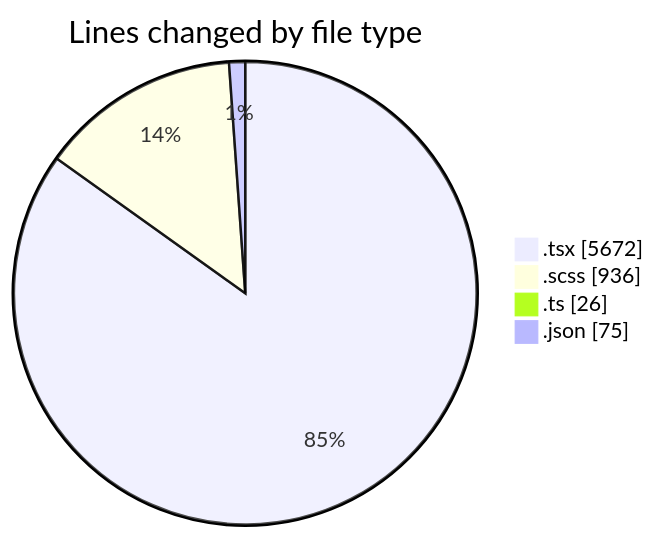
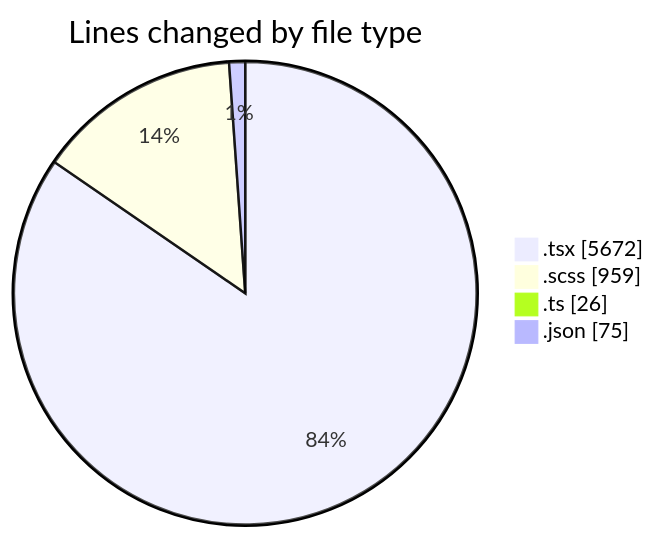
The first of 2 diagrams in 2025-04-09/cda/README.md (momahboobian/code-tracking), drawn with Mermaid before and after one commit. The commit also changed other lines of this file and 1 other file, not shown here.

````diff
--- a/2025-04-09/cda/README.md
+++ b/2025-04-09/cda/README.md
@@ -43,8 +43,8 @@
 ```mermaid
 pie showData
 title Lines changed by file type
 ".tsx" : 5672
-".scss" : 936
+".scss" : 959
 ".ts" : 26
 ".json" : 75
 ```
````
